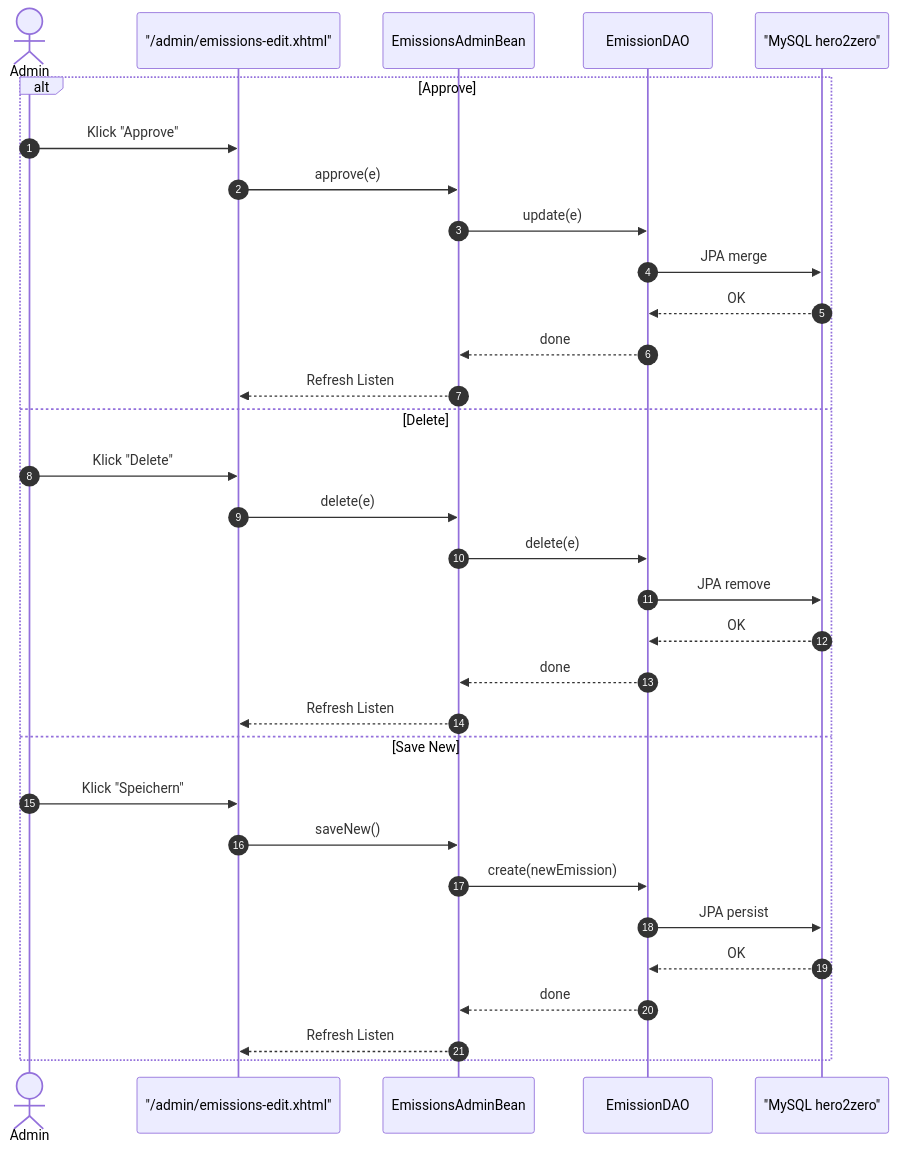
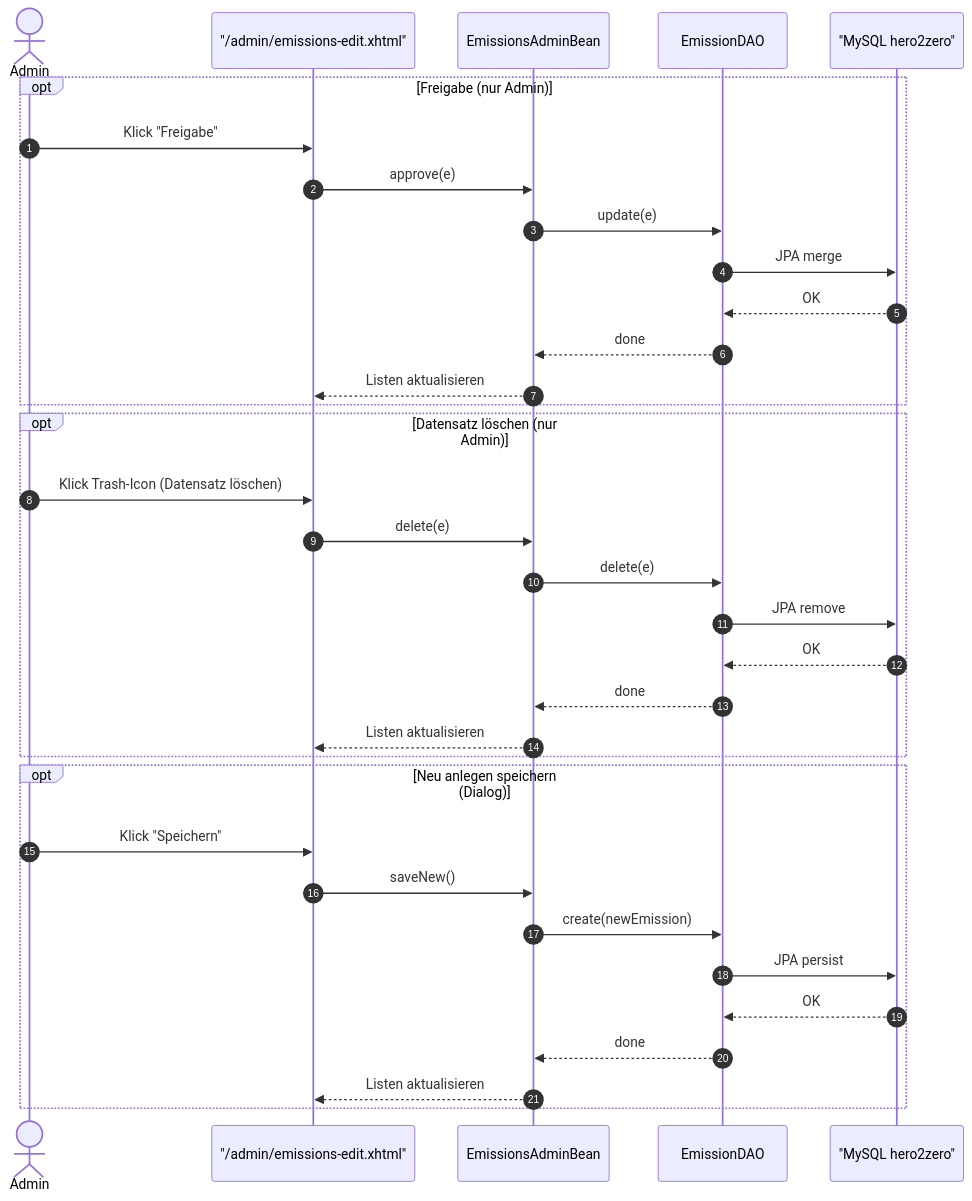
Before and after one commit to Seifroh/hero2zero: the fifth of 5 diagrams in README.md, drawn with Mermaid. The commit also changed other lines of this file, not shown here.

````diff
--- a/README.md
+++ b/README.md
@@ -151,35 +153,39 @@
 ```mermaid
 sequenceDiagram
   autonumber
   actor Admin
   participant AdminPage as "/admin/emissions-edit.xhtml"
   participant EmissionsAdminBean
   participant EmissionDAO
   participant DB as "MySQL hero2zero"
 
-  alt Approve
-    Admin ->> AdminPage: Klick "Approve"
+  opt Freigabe (nur Admin)
+    Admin ->> AdminPage: Klick "Freigabe"
     AdminPage ->> EmissionsAdminBean: approve(e)
     EmissionsAdminBean ->> EmissionDAO: update(e)
     EmissionDAO ->> DB: JPA merge
     DB -->> EmissionDAO: OK
     EmissionDAO -->> EmissionsAdminBean: done
-    EmissionsAdminBean -->> AdminPage: Refresh Listen
-  else Delete
-    Admin ->> AdminPage: Klick "Delete"
+    EmissionsAdminBean -->> AdminPage: Listen aktualisieren
+  end
+
+  opt Datensatz löschen (nur Admin)
+    Admin ->> AdminPage: Klick Trash-Icon (Datensatz löschen)
     AdminPage ->> EmissionsAdminBean: delete(e)
     EmissionsAdminBean ->> EmissionDAO: delete(e)
     EmissionDAO ->> DB: JPA remove
     DB -->> EmissionDAO: OK
     EmissionDAO -->> EmissionsAdminBean: done
-    EmissionsAdminBean -->> AdminPage: Refresh Listen
-  else Save New
+    EmissionsAdminBean -->> AdminPage: Listen aktualisieren
+  end
+
+  opt Neu anlegen speichern (Dialog)
     Admin ->> AdminPage: Klick "Speichern"
     AdminPage ->> EmissionsAdminBean: saveNew()
     EmissionsAdminBean ->> EmissionDAO: create(newEmission)
     EmissionDAO ->> DB: JPA persist
     DB -->> EmissionDAO: OK
     EmissionDAO -->> EmissionsAdminBean: done
-    EmissionsAdminBean -->> AdminPage: Refresh Listen
+    EmissionsAdminBean -->> AdminPage: Listen aktualisieren
   end
 ```
````
